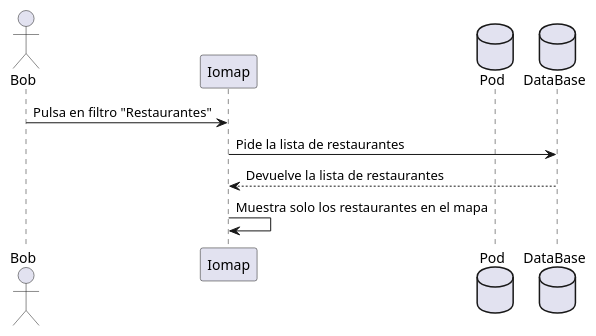
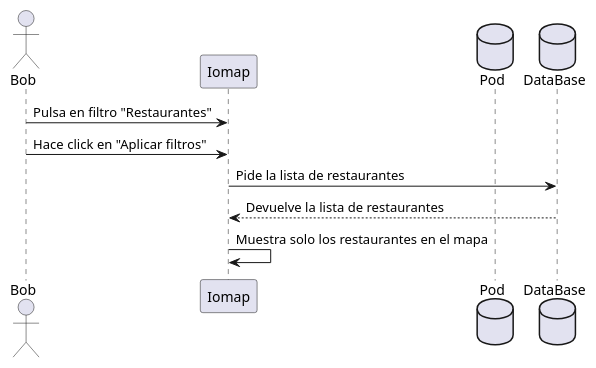
The third of 4 diagrams in docs/06_runtime_view.adoc (Arquisoft/lomap_es3b), drawn with PlantUML before and after one commit. The commit also changed other lines of this file, not shown here.

```diff
--- a/docs/06_runtime_view.adoc
+++ b/docs/06_runtime_view.adoc
@@ -36,11 +36,12 @@
 [plantuml,"filtro",png]
 ----
 actor Bob
 participant Iomap
 database Pod
 database DataBase as "DataBase"
 Bob -> Iomap: Pulsa en filtro "Restaurantes"
+Bob -> Iomap: Hace click en "Aplicar filtros"
 Iomap-> DataBase: Pide la lista de restaurantes
 DataBase --> Iomap: Devuelve la lista de restaurantes
 Iomap-> Iomap: Muestra solo los restaurantes en el mapa
 ----
```
